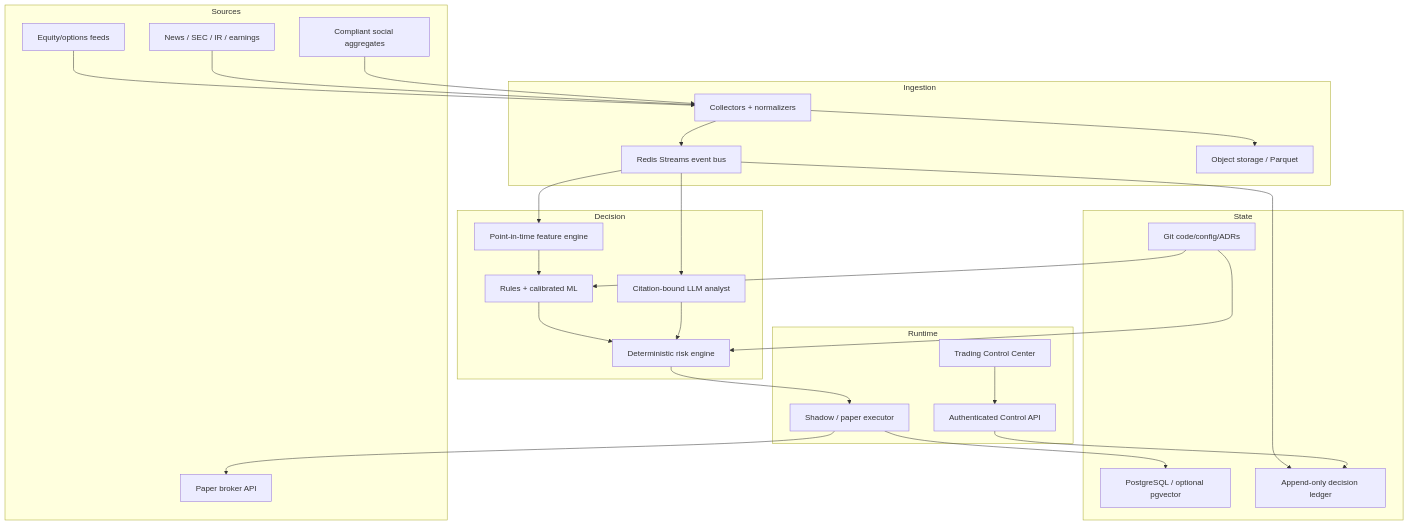
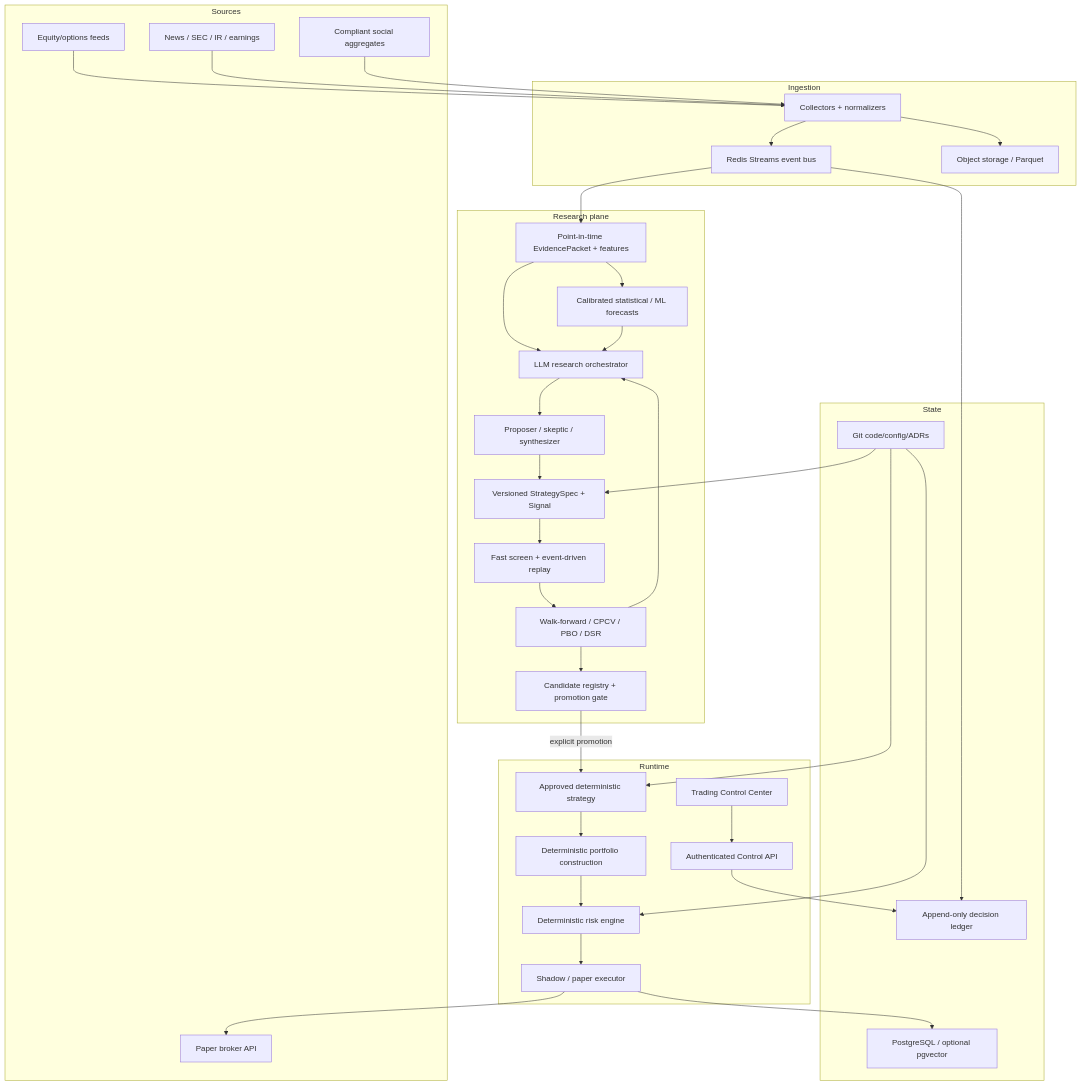
The second of 2 diagrams in context.md (wsjnohyeah/qagent), drawn with Mermaid before and after one commit. The commit also changed other lines of this file, not shown here.

Commit message:
Record agentic research philosophy

````diff
--- a/context.md
+++ b/context.md
@@ -150,44 +289,59 @@
 ```mermaid
 flowchart TB
     subgraph Sources
       MARKET["Equity/options feeds"]
       DOCS["News / SEC / IR / earnings"]
       SOCIAL["Compliant social aggregates"]
       BROKER["Paper broker API"]
     end
     subgraph Ingestion
       COLLECT["Collectors + normalizers"]
       BUS["Redis Streams event bus"]
       RAW["Object storage / Parquet"]
     end
-    subgraph Decision
-      FEATURES["Point-in-time feature engine"]
-      SIGNALS["Rules + calibrated ML"]
-      LLM["Citation-bound LLM analyst"]
-      HARD_RISK["Deterministic risk engine"]
+    subgraph Research["Research plane"]
+      EVIDENCE["Point-in-time EvidencePacket + features"]
+      ML["Calibrated statistical / ML forecasts"]
+      LLM["LLM research orchestrator"]
+      AGENTS["Proposer / skeptic / synthesizer"]
+      SPEC["Versioned StrategySpec + Signal"]
+      BACKTEST["Fast screen + event-driven replay"]
+      VALIDATE["Walk-forward / CPCV / PBO / DSR"]
+      REGISTRY["Candidate registry + promotion gate"]
     end
     subgraph Runtime
+      APPROVED["Approved deterministic strategy"]
+      PORTFOLIO["Deterministic portfolio construction"]
+      HARD_RISK["Deterministic risk engine"]
       EXEC["Shadow / paper executor"]
       CONTROL["Authenticated Control API"]
       WEB["Trading Control Center"]
     end
     subgraph State
       POSTGRES["PostgreSQL / optional pgvector"]
       LEDGER2["Append-only decision ledger"]
       GIT["Git code/config/ADRs"]
     end
     MARKET --> COLLECT
     DOCS --> COLLECT
     SOCIAL --> COLLECT
     COLLECT --> BUS
     COLLECT --> RAW
-    BUS --> FEATURES --> SIGNALS --> HARD_RISK
-    BUS --> LLM --> HARD_RISK
+    BUS --> EVIDENCE
+    EVIDENCE --> ML
+    EVIDENCE --> LLM
+    ML --> LLM
+    LLM --> AGENTS --> SPEC
+    SPEC --> BACKTEST --> VALIDATE --> REGISTRY
+    VALIDATE --> LLM
+    REGISTRY -->|explicit promotion| APPROVED
+    APPROVED --> PORTFOLIO --> HARD_RISK
     HARD_RISK --> EXEC --> BROKER
     EXEC --> POSTGRES
     BUS --> LEDGER2
     CONTROL --> LEDGER2
     WEB --> CONTROL
-    GIT --> SIGNALS
+    GIT --> SPEC
+    GIT --> APPROVED
     GIT --> HARD_RISK
 ```
````
